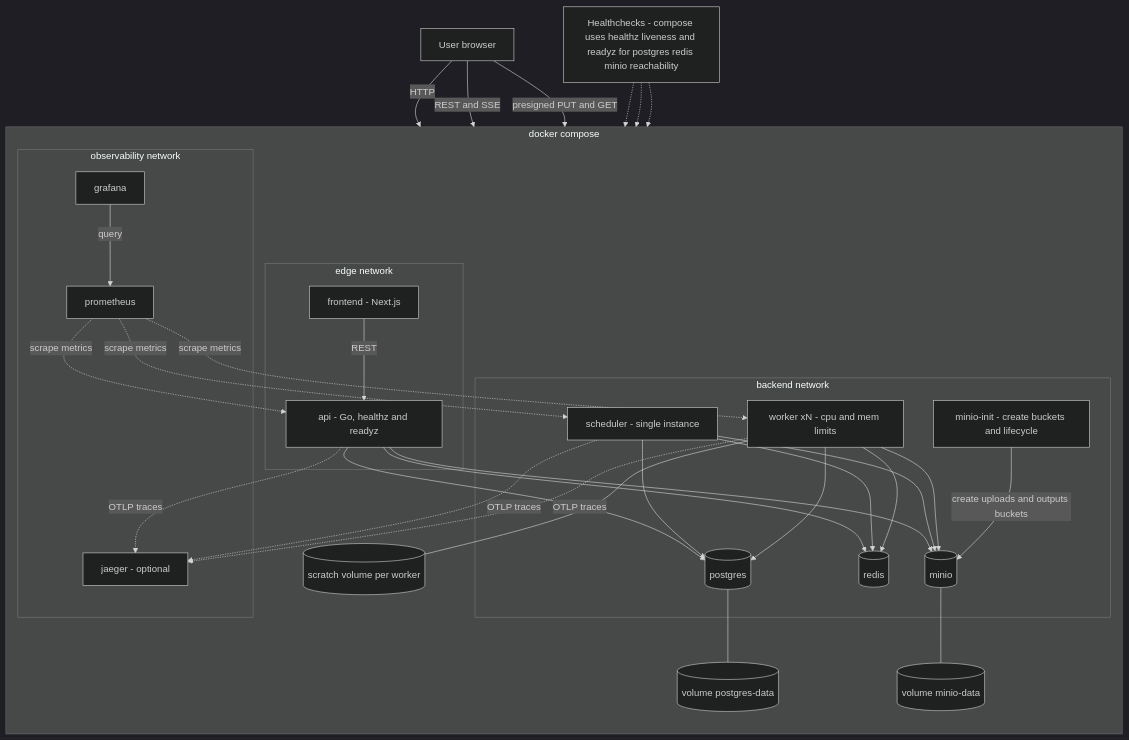
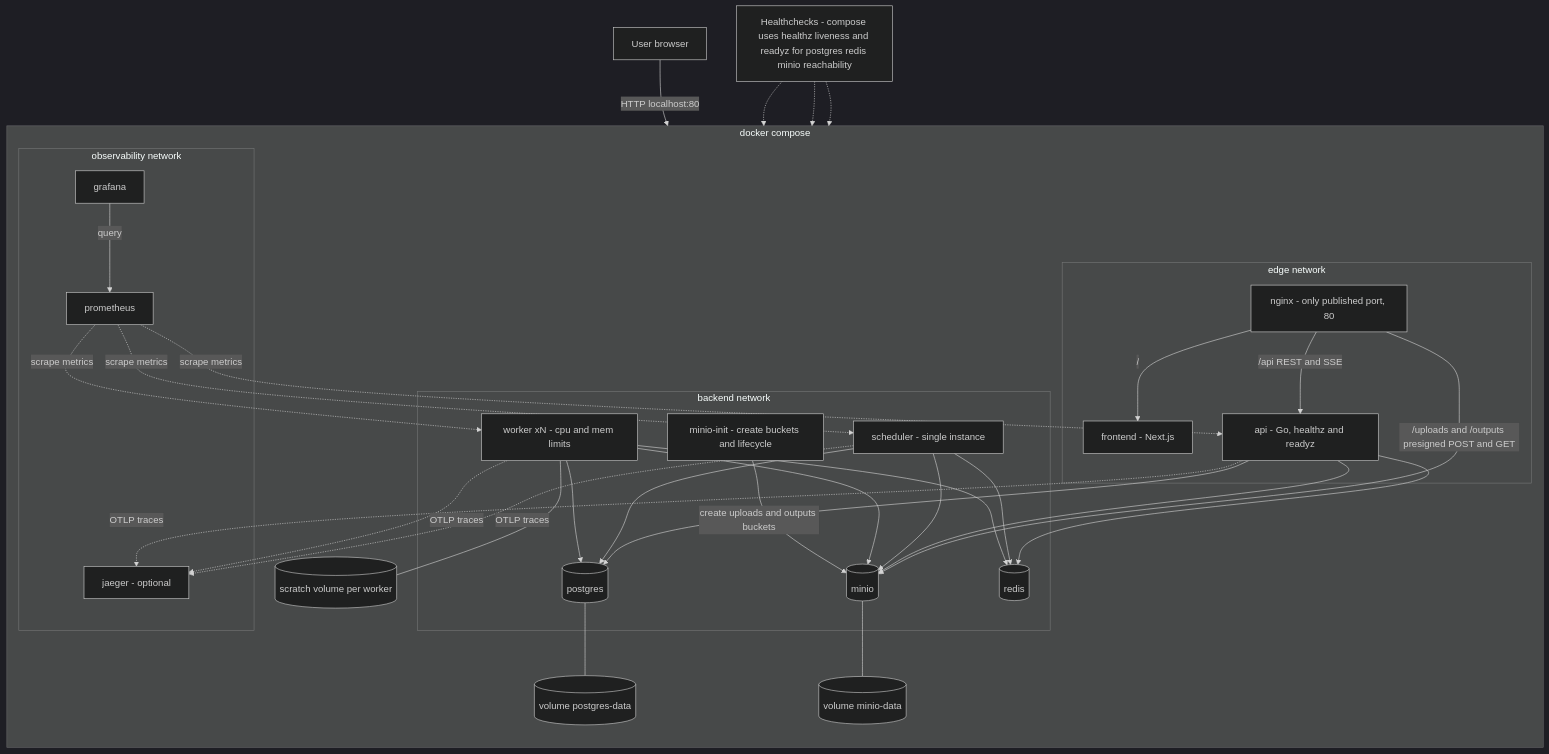
One commit to MardonBa/transcoding-job-scheduler changed the diagram in docs/diagrams/structural/deployment-diagram.md. Above: the diagram before and after it, drawn with Mermaid (dark theme). The commit also changed other lines of this file and 31 other files, not shown here.

````diff
--- a/docs/diagrams/structural/deployment-diagram.md
+++ b/docs/diagrams/structural/deployment-diagram.md
@@ -5,68 +5,68 @@
 ```mermaid
 flowchart TB
     User["User browser"]
 
     subgraph Compose["docker compose"]
         direction TB
 
         subgraph Edge["edge network"]
+            NG["nginx - only published port, 80"]
             FE["frontend - Next.js"]
             API["api - Go, healthz and readyz"]
         end
 
         subgraph Backend["backend network"]
             WK["worker xN - cpu and mem limits"]
             SCH["scheduler - single instance"]
             PG[("postgres")]
             RD[("redis")]
             MN[("minio")]
             INIT["minio-init - create buckets and lifecycle"]
         end
 
         subgraph Obs["observability network"]
             PR["prometheus"]
             GF["grafana"]
             JG["jaeger - optional"]
         end
 
         VolPG[("volume postgres-data")]
         VolMN[("volume minio-data")]
         VolSC[("scratch volume per worker")]
     end
 
-    User -->|"HTTP"| FE
-    User -->|"REST and SSE"| API
-    User -->|"presigned PUT and GET"| MN
-
-    FE -->|"REST"| API
+    User -->|"HTTP localhost:80"| NG
+    NG -->|"/"| FE
+    NG -->|"/api REST and SSE"| API
+    NG -->|"/uploads and /outputs presigned POST and GET"| MN
     API --> PG
     API --> RD
     API --> MN
 
     SCH --> PG
     SCH --> RD
     SCH --> MN
 
     WK --> PG
     WK --> RD
     WK --> MN
     WK --- VolSC
 
     INIT -->|"create uploads and outputs buckets"| MN
 
     PG --- VolPG
     MN --- VolMN
 
     PR -.->|"scrape metrics"| API
     PR -.->|"scrape metrics"| WK
     PR -.->|"scrape metrics"| SCH
     GF -->|"query"| PR
     API -.->|"OTLP traces"| JG
     SCH -.->|"OTLP traces"| JG
     WK -.->|"OTLP traces"| JG
 
     HC["Healthchecks - compose uses healthz liveness and readyz for postgres redis minio reachability"]
     HC -.-> API
     HC -.-> WK
     HC -.-> SCH
 ```
````
